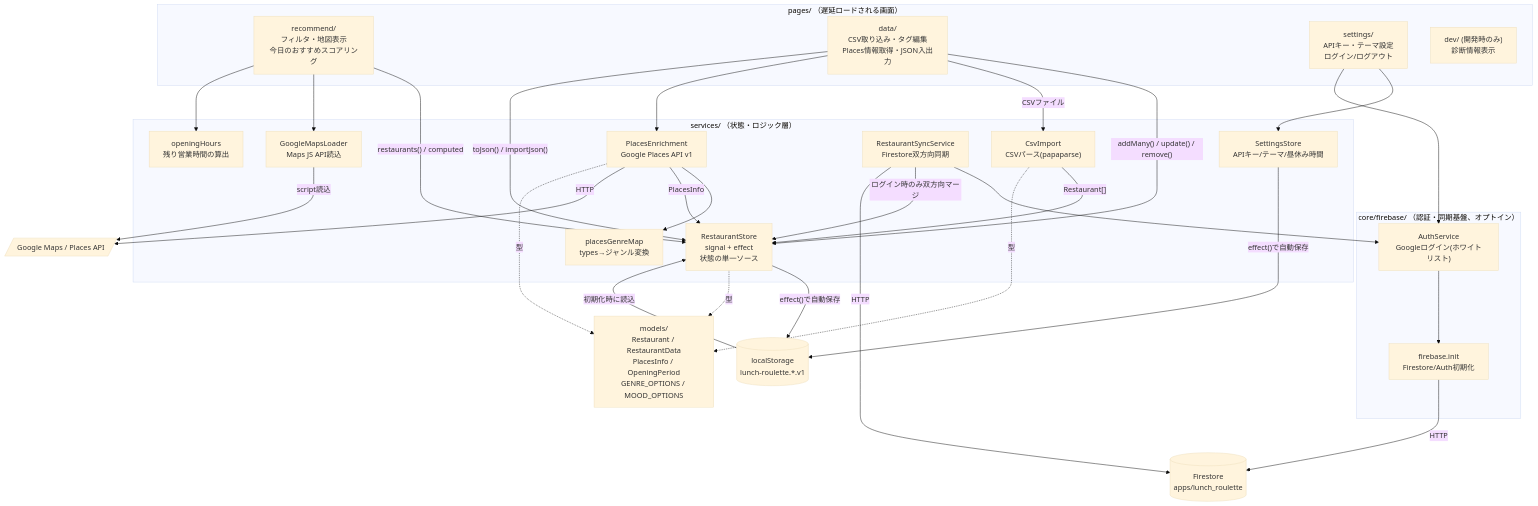
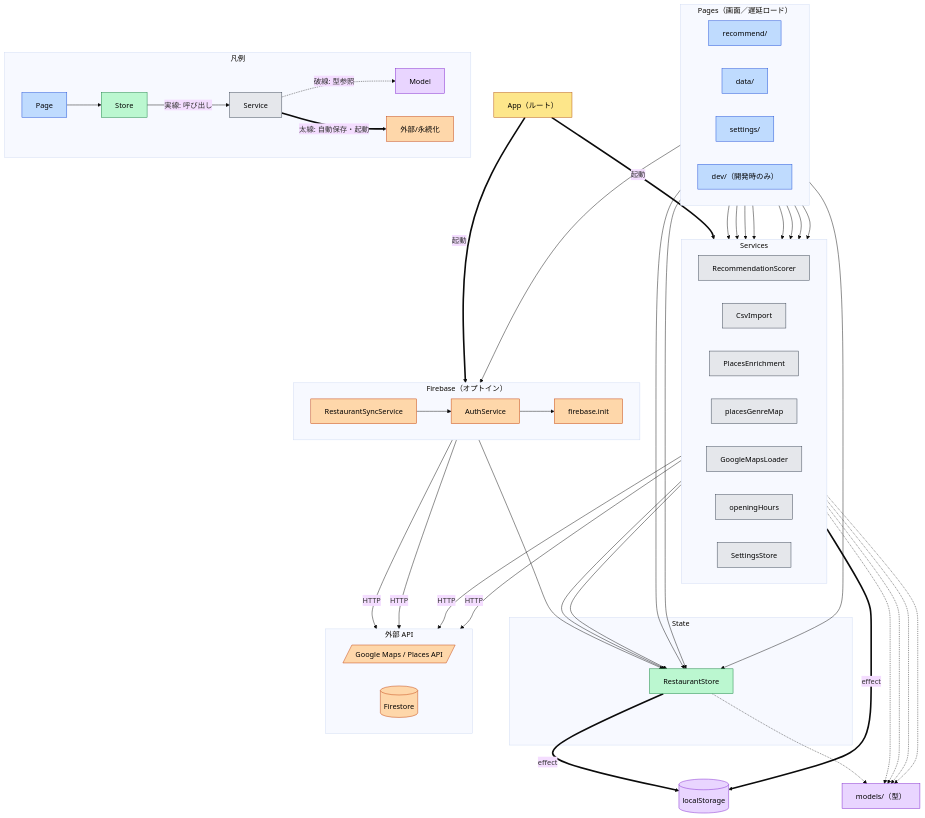
Before and after one commit to rmatsuo-jp/lunch-picker: the first of 9 diagrams in ARCHITECTURE.md, drawn with Mermaid (base theme). The commit also changed other lines of this file, not shown here.

First line of the commit message:
docs: アーキテクチャ図を全セクション図解化・レイヤー構成に刷新

````diff
--- a/ARCHITECTURE.md
+++ b/ARCHITECTURE.md
@@ -23,58 +23,96 @@
 ```mermaid
 flowchart TD
-    subgraph Pages["pages/ （遅延ロードされる画面）"]
-        Recommend["recommend/\nフィルタ・地図表示\n今日のおすすめスコアリング"]
-        Data["data/\nCSV取り込み・タグ編集\nPlaces情報取得・JSON入出力"]
-        Settings["settings/\nAPIキー・テーマ設定\nログイン/ログアウト"]
-        Dev["dev/ (開発時のみ)\n診断情報表示"]
+    App["App（ルート）"]:::app
+
+    subgraph L1["Pages（画面／遅延ロード）"]
+        direction LR
+        Recommend["recommend/"]:::page
+        Data["data/"]:::page
+        Settings["settings/"]:::page
+        Dev["dev/（開発時のみ）"]:::page
     end
 
-    subgraph Services["services/ （状態・ロジック層）"]
-        Store["RestaurantStore\nsignal + effect\n状態の単一ソース"]
-        CsvImport["CsvImport\nCSVパース(papaparse)"]
-        PlacesEnrich["PlacesEnrichment\nGoogle Places API v1"]
-        GenreMap["placesGenreMap\ntypes→ジャンル変換"]
-        MapsLoader["GoogleMapsLoader\nMaps JS API読込"]
-        SettingsStore["SettingsStore\nAPIキー/テーマ/昼休み時間"]
-        OpeningHours["openingHours\n残り営業時間の算出"]
-        Sync["RestaurantSyncService\nFirestore双方向同期"]
+    subgraph L2["State"]
+        Store["RestaurantStore"]:::state
     end
 
-    subgraph Firebase["core/firebase/ （認証・同期基盤、オプトイン）"]
-        AuthSvc["AuthService\nGoogleログイン(ホワイトリスト)"]
-        FbInit["firebase.init\nFirestore/Auth初期化"]
+    subgraph L3["Services"]
+        direction LR
+        Scorer["RecommendationScorer"]:::svc
+        CsvImport["CsvImport"]:::svc
+        PlacesEnrich["PlacesEnrichment"]:::svc
+        GenreMap["placesGenreMap"]:::svc
+        MapsLoader["GoogleMapsLoader"]:::svc
+        OpeningHours["openingHours"]:::svc
+        SettingsStore["SettingsStore"]:::svc
     end
 
-    Models["models/\nRestaurant / RestaurantData\nPlacesInfo / OpeningPeriod\nGENRE_OPTIONS / MOOD_OPTIONS"]
-    LS[("localStorage\nlunch-roulette.*.v1")]
-    GMapsAPI[/"Google Maps / Places API"/]
-    Firestore[("Firestore\napps/lunch_roulette")]
+    subgraph L4["Firebase（オプトイン）"]
+        direction LR
+        Sync["RestaurantSyncService"]:::fb
+        AuthSvc["AuthService"]:::fb
+        FbInit["firebase.init"]:::fb
+    end
 
-    Recommend -- "restaurants() / computed" --> Store
+    subgraph L5["外部 API"]
+        direction LR
+        GMapsAPI[/"Google Maps / Places API"/]:::ext
+        Firestore[("Firestore")]:::ext
+    end
+
+    Models["models/（型）"]:::model
+    LS[("localStorage")]:::persist
+
+    App == "起動" ==> SettingsStore
+    App == "起動" ==> Sync
+
+    Recommend --> Store
+    Recommend --> Scorer
     Recommend --> MapsLoader
     Recommend --> OpeningHours
-    Data -- "addMany() / update() / remove()" --> Store
-    Data -- "CSVファイル" --> CsvImport
-    CsvImport -- "Restaurant[]" --> Store
+    Data --> Store
+    Data --> CsvImport
     Data --> PlacesEnrich
-    PlacesEnrich --> GenreMap
-    PlacesEnrich -- "PlacesInfo" --> Store
-    PlacesEnrich -- "HTTP" --> GMapsAPI
-    MapsLoader -- "script読込" --> GMapsAPI
-    Data -- "toJson() / importJson()" --> Store
+    Data --> GenreMap
     Settings --> SettingsStore
     Settings --> AuthSvc
-    Store -- "effect()で自動保存" --> LS
-    LS -- "初期化時に読込" --> Store
-    SettingsStore -- "effect()で自動保存" --> LS
+    Dev --> Store
+    Dev --> SettingsStore
 
+    CsvImport --> Store
+    PlacesEnrich --> Store
+    PlacesEnrich -- HTTP --> GMapsAPI
+    MapsLoader -- HTTP --> GMapsAPI
+
+    Sync --> AuthSvc
+    Sync --> Store
+    Sync -- HTTP --> Firestore
     AuthSvc --> FbInit
-    Sync --> AuthSvc
-    Sync -- "ログイン時のみ双方向マージ" --> Store
-    Sync -- "HTTP" --> Firestore
-    FbInit -- "HTTP" --> Firestore
+    FbInit -- HTTP --> Firestore
 
-    Store -.型.-> Models
-    CsvImport -.型.-> Models
-    PlacesEnrich -.型.-> Models
+    Store == effect ==> LS
+    SettingsStore == effect ==> LS
+
+    Store -.-> Models
+    Scorer -.-> Models
+    CsvImport -.-> Models
+    PlacesEnrich -.-> Models
+    OpeningHours -.-> Models
+
+    subgraph Legend["凡例"]
+        direction LR
+        legA["Page"]:::page --> legB["Store"]:::state
+        legB -- "実線: 呼び出し" --> legC["Service"]:::svc
+        legC -. "破線: 型参照" .-> legD["Model"]:::model
+        legC == "太線: 自動保存・起動" ==> legE["外部/永続化"]:::ext
+    end
+
+    classDef app fill:#fde68a,stroke:#b45309,color:#000
+    classDef page fill:#bfdbfe,stroke:#1d4ed8,color:#000
+    classDef state fill:#bbf7d0,stroke:#15803d,color:#000
+    classDef svc fill:#e5e7eb,stroke:#374151,color:#000
+    classDef fb fill:#fed7aa,stroke:#c2410c,color:#000
+    classDef ext fill:#fed7aa,stroke:#c2410c,color:#000
+    classDef model fill:#e9d5ff,stroke:#7e22ce,color:#000
+    classDef persist fill:#e9d5ff,stroke:#7e22ce,color:#000
 ```
````
